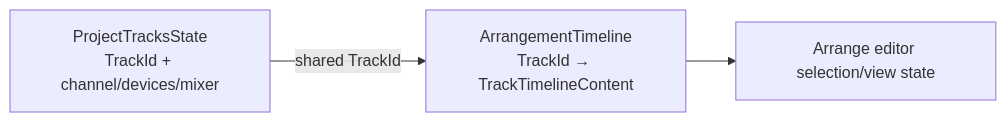
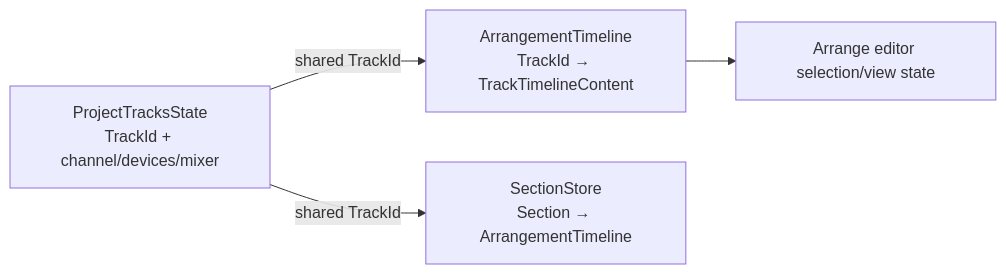
Before and after one commit to alexanderwanyoike/vibez: the third of 4 diagrams in docs/ARCHITECTURE.md, drawn with Mermaid. The commit also changed other lines of this file and 23 other files, not shown here.

````diff
--- a/docs/ARCHITECTURE.md
+++ b/docs/ARCHITECTURE.md
@@ -135,8 +140,10 @@
 ```mermaid
 flowchart LR
     PT["ProjectTracksState<br/>TrackId + channel/devices/mixer"]
     AT["ArrangementTimeline<br/>TrackId → TrackTimelineContent"]
+    SS["SectionStore<br/>Section → ArrangementTimeline"]
     UI["Arrange editor selection/view state"]
     PT -- "shared TrackId" --> AT
+    PT -- "shared TrackId" --> SS
     AT --> UI
 ```
````
